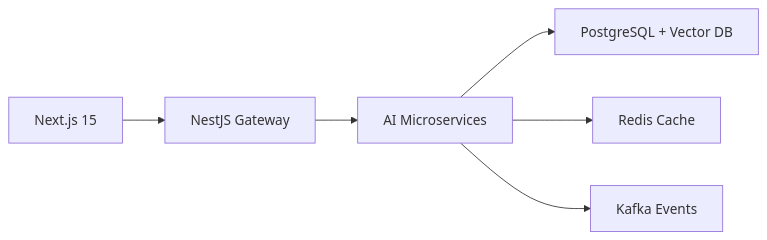
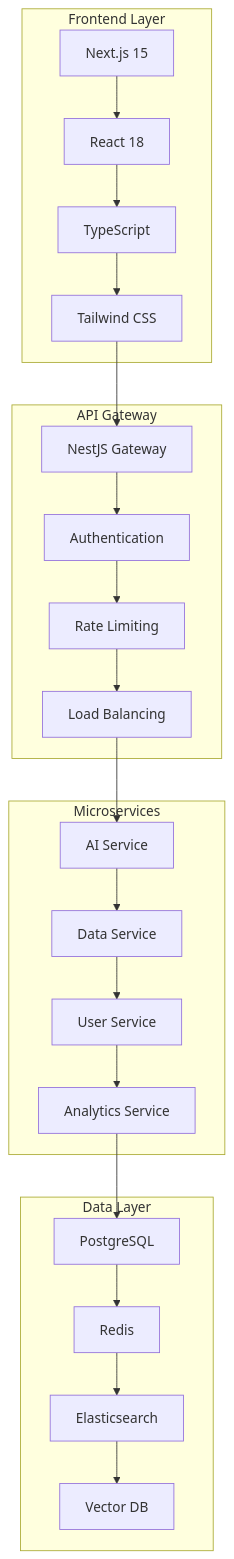
Before and after one commit to mentech93/mentech93: the seventh of 17 diagrams in README.md, drawn with Mermaid. The commit also changed other lines of this file, not shown here.

````diff
--- a/README.md
+++ b/README.md
@@ -558,8 +665,30 @@
 ```mermaid
-graph LR
-    A[Next.js 15] --> B[NestJS Gateway]
-    B --> C[AI Microservices]
-    C --> D[PostgreSQL + Vector DB]
-    C --> E[Redis Cache]
-    C --> F[Kafka Events]
+graph TB
+    subgraph "Frontend Layer"
+        A1[Next.js 15] --> A2[React 18]
+        A2 --> A3[TypeScript]
+        A3 --> A4[Tailwind CSS]
+    end
+    
+    subgraph "API Gateway"
+        B1[NestJS Gateway] --> B2[Authentication]
+        B2 --> B3[Rate Limiting]
+        B3 --> B4[Load Balancing]
+    end
+    
+    subgraph "Microservices"
+        C1[AI Service] --> C2[Data Service]
+        C2 --> C3[User Service]
+        C3 --> C4[Analytics Service]
+    end
+    
+    subgraph "Data Layer"
+        D1[PostgreSQL] --> D2[Redis]
+        D2 --> D3[Elasticsearch]
+        D3 --> D4[Vector DB]
+    end
+    
+    A4 --> B1
+    B4 --> C1
+    C4 --> D1
 ```
````
